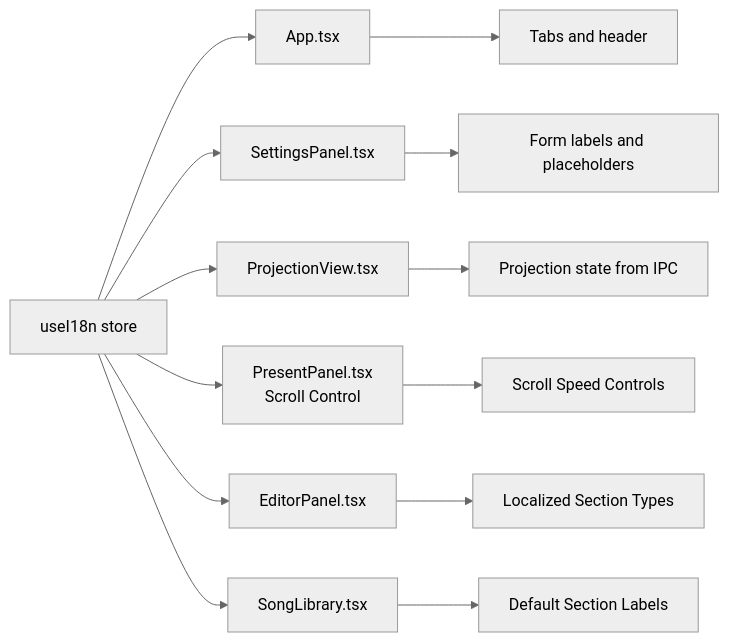
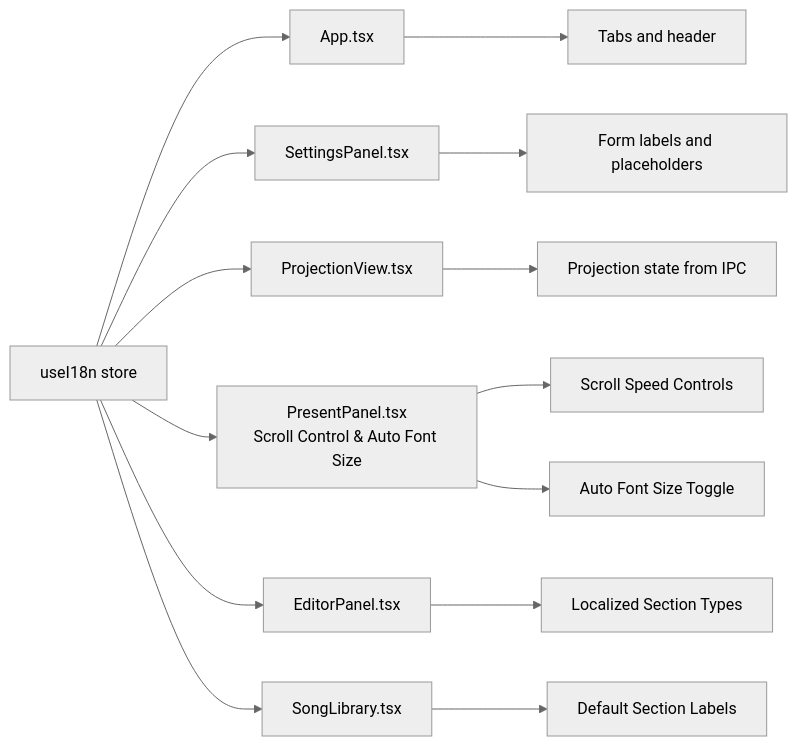
Before and after one commit to jimmywyk/lyricdeck: the fifth of 6 diagrams in .qoder/repowiki/en/content/Internationalization.md, drawn with Mermaid (neutral theme). The commit also changed other lines of this file and 4 other files, not shown here.

````diff
--- a/.qoder/repowiki/en/content/Internationalization.md
+++ b/.qoder/repowiki/en/content/Internationalization.md
@@ -235,15 +240,16 @@
 ```mermaid
 graph LR
 Store["useI18n store"] --> App["App.tsx"]
 Store --> Settings["SettingsPanel.tsx"]
 Store --> Projection["ProjectionView.tsx"]
-Store --> Present["PresentPanel.tsx<br/>Scroll Control"]
+Store --> Present["PresentPanel.tsx<br/>Scroll Control & Auto Font Size"]
 Store --> Editor["EditorPanel.tsx"]
 Store --> Library["SongLibrary.tsx"]
 App --> Tabs["Tabs and header"]
 Settings --> Form["Form labels and placeholders"]
 Projection --> State["Projection state from IPC"]
 Present --> Controls["Scroll Speed Controls"]
+Present --> AutoFontSize["Auto Font Size Toggle"]
 Editor --> Actions["Localized Section Types"]
 Library --> DefaultLabels["Default Section Labels"]
 ```
````
